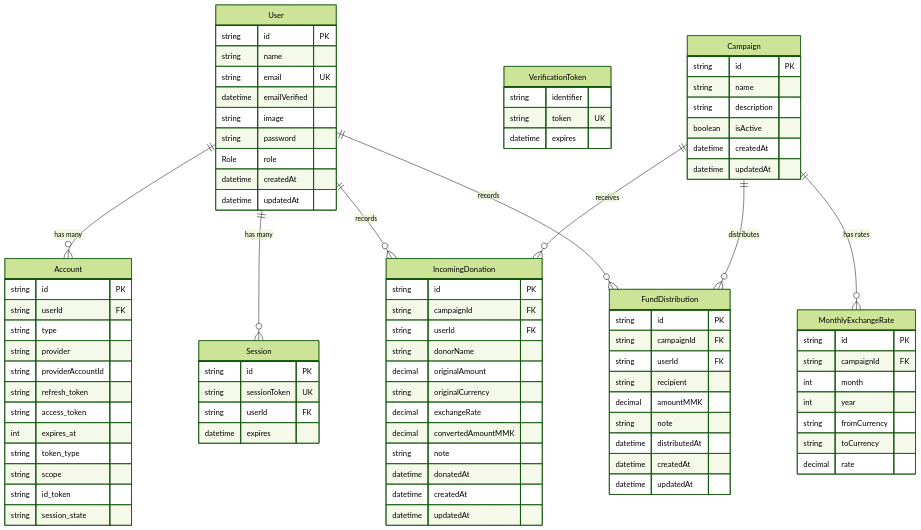
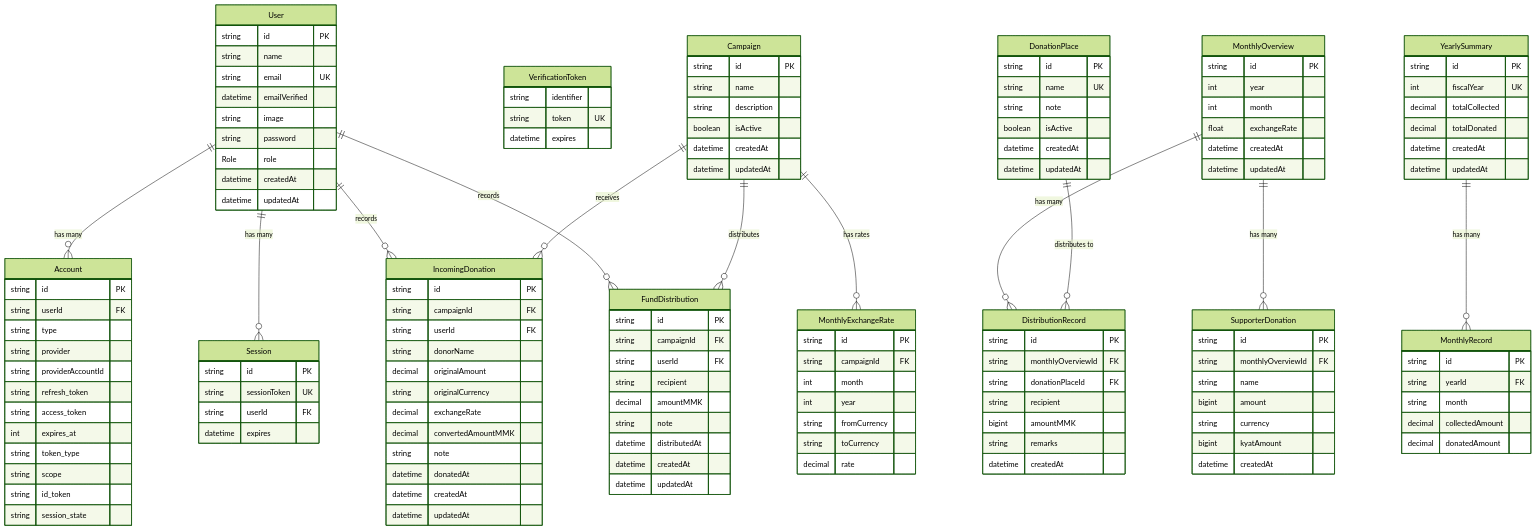
One commit to lma-dev/Donation_Management_Web_APP changed the diagram in docs/database.md. Above: the diagram before and after it, drawn with Mermaid (forest theme). The commit also changed 51 other files, not shown here.

First line of the commit message:
feat(monthly-overview): implement monthly overview feature with data models, API, and export functionality

````diff
--- a/docs/database.md
+++ b/docs/database.md
@@ -89,6 +89,61 @@
         decimal rate
     }
 
+    DonationPlace {
+        string id PK
+        string name UK
+        string note
+        boolean isActive
+        datetime createdAt
+        datetime updatedAt
+    }
+
+    MonthlyOverview {
+        string id PK
+        int year
+        int month
+        float exchangeRate
+        datetime createdAt
+        datetime updatedAt
+    }
+
+    SupporterDonation {
+        string id PK
+        string monthlyOverviewId FK
+        string name
+        bigint amount
+        string currency
+        bigint kyatAmount
+        datetime createdAt
+    }
+
+    DistributionRecord {
+        string id PK
+        string monthlyOverviewId FK
+        string donationPlaceId FK
+        string recipient
+        bigint amountMMK
+        string remarks
+        datetime createdAt
+    }
+
+    YearlySummary {
+        string id PK
+        int fiscalYear UK
+        decimal totalCollected
+        decimal totalDonated
+        datetime createdAt
+        datetime updatedAt
+    }
+
+    MonthlyRecord {
+        string id PK
+        string yearId FK
+        string month
+        decimal collectedAmount
+        decimal donatedAmount
+    }
+
     %% Auth Relationships
     User ||--o{ Account : "has many"
     User ||--o{ Session : "has many"
@@ -100,4 +155,12 @@
     Campaign ||--o{ IncomingDonation : "receives"
     Campaign ||--o{ FundDistribution : "distributes"
     Campaign ||--o{ MonthlyExchangeRate : "has rates"
+
+    %% Monthly Overview Relationships
+    MonthlyOverview ||--o{ SupporterDonation : "has many"
+    MonthlyOverview ||--o{ DistributionRecord : "has many"
+    DonationPlace ||--o{ DistributionRecord : "distributes to"
+
+    %% Yearly Summary Relationships
+    YearlySummary ||--o{ MonthlyRecord : "has many"
 ```
````
